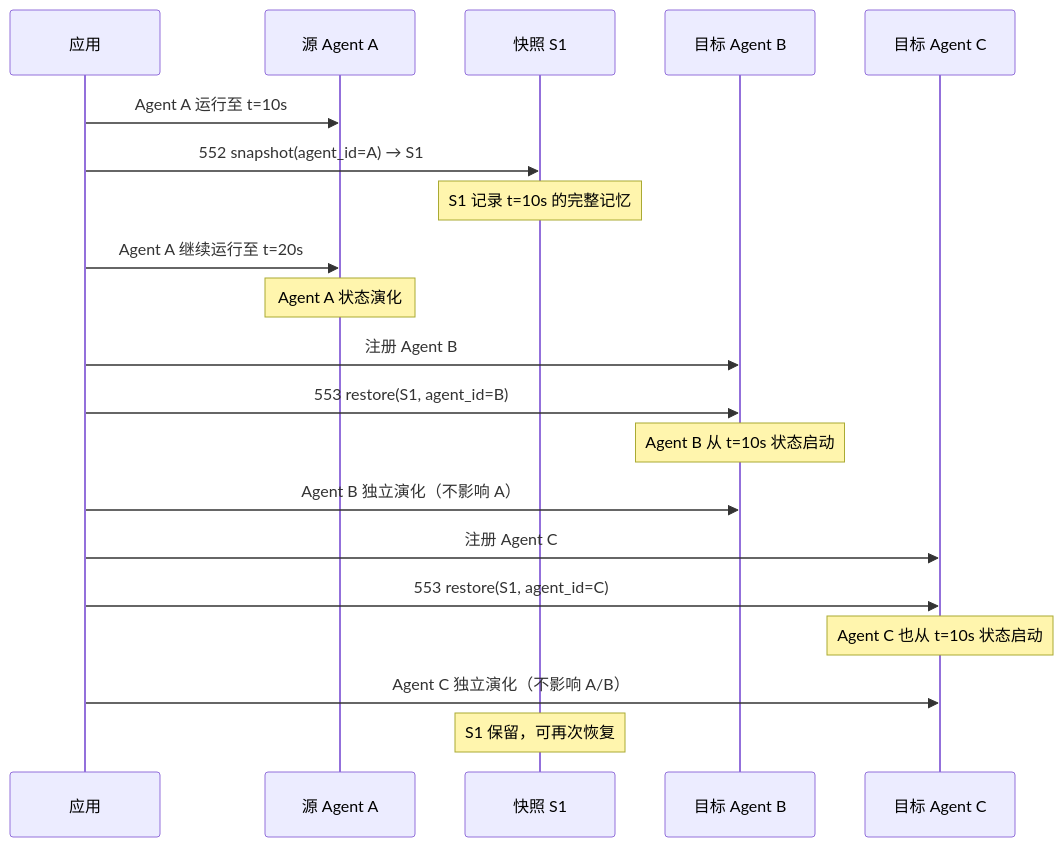
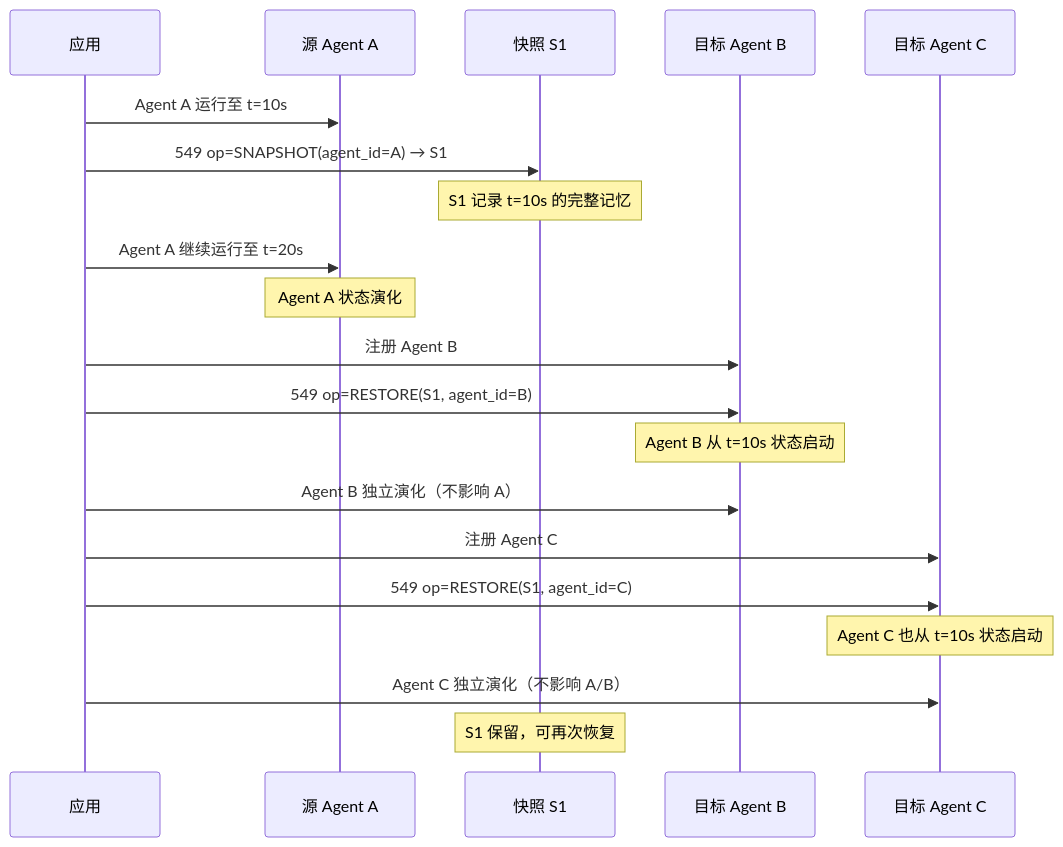
Before and after one commit to SpharxTeam/Docs: the third of 6 diagrams in AirymaxOS/140-application-development/05-memory-rovol-api.md, drawn with Mermaid. The commit also changed other lines of this file and 50 other files, not shown here.

````diff
--- a/AirymaxOS/140-application-development/05-memory-rovol-api.md
+++ b/AirymaxOS/140-application-development/05-memory-rovol-api.md
@@ -560,27 +614,27 @@
 ```mermaid
 sequenceDiagram
     participant APP as 应用
     participant SRC as 源 Agent A
     participant SNAP as 快照 S1
     participant DST1 as 目标 Agent B
     participant DST2 as 目标 Agent C
 
     APP->>SRC: Agent A 运行至 t=10s
-    APP->>SNAP: 552 snapshot(agent_id=A) → S1
+    APP->>SNAP: 549 op=SNAPSHOT(agent_id=A) → S1
     Note over SNAP: S1 记录 t=10s 的完整记忆
 
     APP->>SRC: Agent A 继续运行至 t=20s
     Note over SRC: Agent A 状态演化
 
     APP->>DST1: 注册 Agent B
-    APP->>DST1: 553 restore(S1, agent_id=B)
+    APP->>DST1: 549 op=RESTORE(S1, agent_id=B)
     Note over DST1: Agent B 从 t=10s 状态启动
     APP->>DST1: Agent B 独立演化（不影响 A）
 
     APP->>DST2: 注册 Agent C
-    APP->>DST2: 553 restore(S1, agent_id=C)
+    APP->>DST2: 549 op=RESTORE(S1, agent_id=C)
     Note over DST2: Agent C 也从 t=10s 状态启动
     APP->>DST2: Agent C 独立演化（不影响 A/B）
 
     Note over SNAP: S1 保留，可再次恢复
 ```
````
